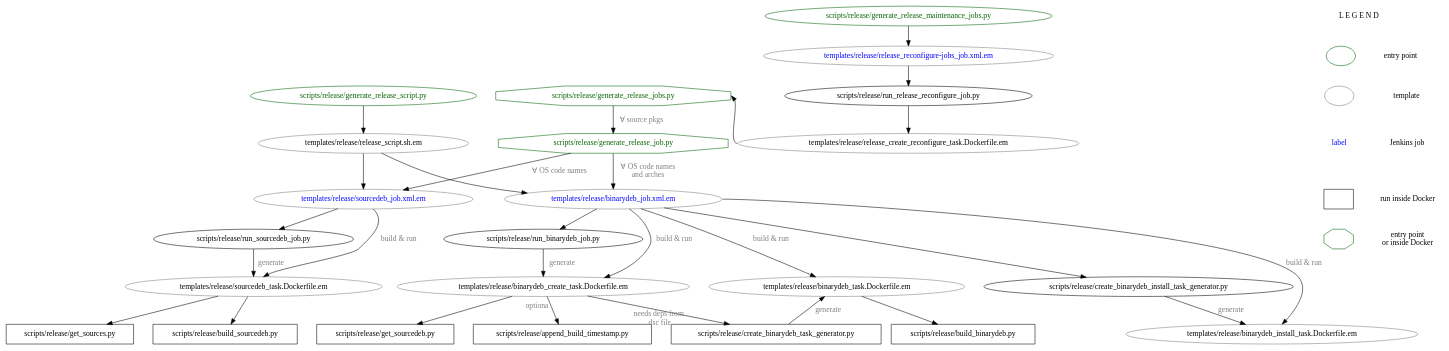
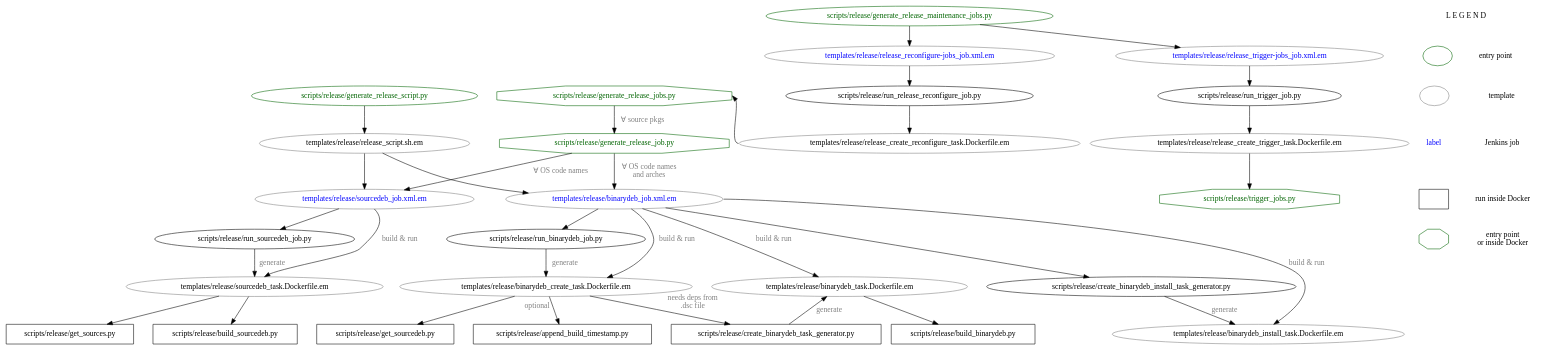
The diagram in doc/release_call_graph.dot (ros-infrastructure/ros_buildfarm), drawn with Graphviz before and after one commit. The commit also changed 14 other files, not shown here.

Commit message:
add trigger jobs for release jobs

```diff
--- a/doc/release_call_graph.dot
+++ b/doc/release_call_graph.dot
@@ -1,168 +1,182 @@
 digraph {
 	# release scripts
 	scripts__release__append_build_timestamp [label="scripts/release/append_build_timestamp.py"]
 	scripts__release__build_binarydeb [label="scripts/release/build_binarydeb.py"]
 	scripts__release__build_sourcedeb [label="scripts/release/build_sourcedeb.py"]
 	scripts__release__create_binarydeb_install_task_generator [label="scripts/release/create_binarydeb_install_task_generator.py"]
 	scripts__release__create_binarydeb_task_generator [label="scripts/release/create_binarydeb_task_generator.py"]
 	scripts__release__generate_release_job [label="scripts/release/generate_release_job.py"]
 	scripts__release__generate_release_jobs [label="scripts/release/generate_release_jobs.py"]
 	scripts__release__generate_release_maintenance_jobs [label="scripts/release/generate_release_maintenance_jobs.py"]
 	scripts__release__generate_release_script [label="scripts/release/generate_release_script.py"]
 	scripts__release__get_sourcedeb [label="scripts/release/get_sourcedeb.py"]
 	scripts__release__get_sources [label="scripts/release/get_sources.py"]
 	scripts__release__run_binarydeb_job [label="scripts/release/run_binarydeb_job.py"]
 	scripts__release__run_release_reconfigure_job [label="scripts/release/run_release_reconfigure_job.py"]
 	scripts__release__run_sourcedeb_job [label="scripts/release/run_sourcedeb_job.py"]
+	scripts__release__run_trigger_job [label="scripts/release/run_trigger_job.py"]
+	scripts__release__trigger_jobs [label="scripts/release/trigger_jobs.py"]
 
 	# release templates
 	templates__release__binarydeb_create_task__Dockerfile [label="templates/release/binarydeb_create_task.Dockerfile.em"]
 	templates__release__binarydeb_install_task__Dockerfile [label="templates/release/binarydeb_install_task.Dockerfile.em"]
 	templates__release__binarydeb_job__xml [label="templates/release/binarydeb_job.xml.em"]
 	templates__release__binarydeb_task__Dockerfile [label="templates/release/binarydeb_task.Dockerfile.em"]
 	templates__release__release_create_reconfigure_task__Dockerfile [label="templates/release/release_create_reconfigure_task.Dockerfile.em"]
+	templates__release__release_create_trigger_task__Dockerfile [label="templates/release/release_create_trigger_task.Dockerfile.em"]
 	templates__release__release_reconfigure_jobs_job__xml [label="templates/release/release_reconfigure-jobs_job.xml.em"]
 	templates__release__release_script__sh [label="templates/release/release_script.sh.em"]
+	templates__release__release_trigger_jobs_job__xml [label="templates/release/release_trigger-jobs_job.xml.em"]
 	templates__release__sourcedeb_job__xml [label="templates/release/sourcedeb_job.xml.em"]
 	templates__release__sourcedeb_task__Dockerfile [label="templates/release/sourcedeb_task.Dockerfile.em"]
 
 	# templates
 	templates__release__binarydeb_create_task__Dockerfile,
 	templates__release__binarydeb_install_task__Dockerfile,
 	templates__release__binarydeb_job__xml,
 	templates__release__binarydeb_task__Dockerfile,
 	templates__release__release_create_reconfigure_task__Dockerfile,
+	templates__release__release_create_trigger_task__Dockerfile,
 	templates__release__release_reconfigure_jobs_job__xml,
 	templates__release__release_script__sh,
+	templates__release__release_trigger_jobs_job__xml,
 	templates__release__sourcedeb_job__xml,
 	templates__release__sourcedeb_task__Dockerfile
 		[color="gray"]
 
 	# run in Docker container
 	scripts__release__append_build_timestamp,
 	scripts__release__build_binarydeb,
 	scripts__release__build_sourcedeb,
 	scripts__release__create_binarydeb_task_generator,
 	scripts__release__get_sourcedeb,
 	scripts__release__get_sources
 		[shape="box"]
 	scripts__release__generate_release_job,
-	scripts__release__generate_release_jobs
+	scripts__release__generate_release_jobs,
+	scripts__release__trigger_jobs
 		[shape="octagon"]
 
 	# Jenkins job templates
 	templates__release__binarydeb_job__xml,
 	templates__release__release_reconfigure_jobs_job__xml,
+	templates__release__release_trigger_jobs_job__xml,
 	templates__release__sourcedeb_job__xml
 		[fontcolor="blue"]
 
 	# entry points
 	scripts__release__generate_release_job,
 	scripts__release__generate_release_jobs,
 	scripts__release__generate_release_maintenance_jobs,
-	scripts__release__generate_release_script
+	scripts__release__generate_release_script,
+	scripts__release__trigger_jobs
 		[color="darkgreen", fontcolor="darkgreen"]
 
 	# call graph
 	scripts__release__generate_release_maintenance_jobs -> templates__release__release_reconfigure_jobs_job__xml [weight="2"]
 	templates__release__release_reconfigure_jobs_job__xml -> scripts__release__run_release_reconfigure_job [weight="2"]
 	scripts__release__run_release_reconfigure_job -> templates__release__release_create_reconfigure_task__Dockerfile [weight="2"]
 	templates__release__release_create_reconfigure_task__Dockerfile:w -> scripts__release__generate_release_jobs:e [constraint=false]
 	{
 		rank=same
 		scripts__release__generate_release_jobs -> scripts__release__run_release_reconfigure_job [style=invis]
 	}
+
+	scripts__release__generate_release_maintenance_jobs -> templates__release__release_trigger_jobs_job__xml
+	templates__release__release_trigger_jobs_job__xml -> scripts__release__run_trigger_job [weight="2"]
+	scripts__release__run_trigger_job -> templates__release__release_create_trigger_task__Dockerfile [weight="2"]
+	templates__release__release_create_trigger_task__Dockerfile -> scripts__release__trigger_jobs [weight="2"]
 
 	scripts__release__generate_release_jobs -> scripts__release__generate_release_job [fontcolor="gray", label=" &forall; source pkgs", weight="2"]
 	scripts__release__generate_release_job -> templates__release__sourcedeb_job__xml [fontcolor="gray", label="&forall; OS code names"]
 	scripts__release__generate_release_job -> templates__release__binarydeb_job__xml [fontcolor="gray", label=" &forall; OS code names\nand arches", weight="2"]
 	{
 		rank=same
 		templates__release__sourcedeb_job__xml -> templates__release__binarydeb_job__xml [style=invis]
 	}
 
 	# sourcedeb branch
 	templates__release__sourcedeb_job__xml -> scripts__release__run_sourcedeb_job
 	scripts__release__run_sourcedeb_job -> templates__release__sourcedeb_task__Dockerfile [fontcolor="gray", label="generate"]
 	templates__release__sourcedeb_job__xml:se -> templates__release__sourcedeb_task__Dockerfile:ne [fontcolor="gray", label="build &amp; run", weight="2"]
 	templates__release__sourcedeb_task__Dockerfile -> scripts__release__get_sources
 	templates__release__sourcedeb_task__Dockerfile -> scripts__release__build_sourcedeb
 	{
 		rank=same
 		scripts__release__get_sources -> scripts__release__build_sourcedeb [style=invis]
 	}
 
 	# binarydeb branch
 	templates__release__binarydeb_job__xml -> scripts__release__run_binarydeb_job [weight="2"]
 	scripts__release__run_binarydeb_job -> templates__release__binarydeb_create_task__Dockerfile [fontcolor="gray", label=" generate", weight="2"]
 
 	templates__release__binarydeb_job__xml -> templates__release__binarydeb_create_task__Dockerfile [fontcolor="gray", label="build &amp; run"]
 	templates__release__binarydeb_create_task__Dockerfile -> scripts__release__get_sourcedeb
-	templates__release__binarydeb_create_task__Dockerfile -> scripts__release__append_build_timestamp [fontcolor="gray", xlabel="optiona "]
+	templates__release__binarydeb_create_task__Dockerfile -> scripts__release__append_build_timestamp [fontcolor="gray", xlabel="optional "]
 	templates__release__binarydeb_create_task__Dockerfile -> scripts__release__create_binarydeb_task_generator [fontcolor="gray", xlabel="needs deps from\n.dsc file"]
 	{
 		rank=same
 		scripts__release__build_sourcedeb -> scripts__release__get_sourcedeb [style=invis]
 		scripts__release__get_sourcedeb -> scripts__release__append_build_timestamp -> scripts__release__create_binarydeb_task_generator [style=invis]
 	}
 	scripts__release__create_binarydeb_task_generator -> templates__release__binarydeb_task__Dockerfile [constraint=false, fontcolor="gray", label="generate"]
 	templates__release__binarydeb_job__xml -> templates__release__binarydeb_task__Dockerfile [fontcolor="gray", label="build &amp; run"]
 	templates__release__binarydeb_task__Dockerfile -> scripts__release__build_binarydeb
 
 	# install task
 	templates__release__binarydeb_job__xml -> scripts__release__create_binarydeb_install_task_generator
 	{
 		rank=same
 		templates__release__binarydeb_create_task__Dockerfile -> templates__release__binarydeb_task__Dockerfile -> scripts__release__create_binarydeb_install_task_generator [style=invis]
 	}
 	scripts__release__create_binarydeb_install_task_generator -> templates__release__binarydeb_install_task__Dockerfile [fontcolor="gray", label="generate"]
 	templates__release__binarydeb_job__xml:e -> templates__release__binarydeb_install_task__Dockerfile [fontcolor="gray", label="build &amp; run"]
 
 	# release script
 	scripts__release__generate_release_script -> templates__release__release_script__sh [weight="2"]
 	templates__release__release_script__sh -> templates__release__sourcedeb_job__xml [weight="2"]
 	templates__release__release_script__sh -> templates__release__binarydeb_job__xml [weight="0"]
 	{
 		rank=same
 		scripts__release__generate_release_script -> scripts__release__generate_release_jobs [style=invis]
 	}
 
 	subgraph legend_subgraph {
 		label="Legend"
 		node [margin="0", shape="none"]
 		legend_anchor [height="0", label="L E G E N D"]
 
 		edge [style="invis"]
 
 		k1 [color="darkgreen", label="", shape="ellipse"]
 		v1 [label="entry point"]
 		legend_anchor -> k1
 		legend_anchor -> v1
 
 		k2 [color="gray", label="", shape="ellipse"]
 		v2 [label="template"]
 		k1 -> k2
 		v1 -> v2
 
 		k3 [fontcolor="blue", label="label", shape=none]
 		v3 [label="Jenkins job"]
 		k2 -> k3
 		v2 -> v3
 
 		k4 [label="", shape="box"]
 		v4 [label="run inside Docker"]
 		k3 -> k4
 		v3 -> v4
 
 		k5 [color="darkgreen", label="", shape="octagon"]
 		v5 [label="entry point\nor inside Docker"]
 		k4 -> k5
 		v4 -> v5
 
 		edge [constraint=false]
 		k1 -> v1
 		k2 -> v2
 		k3 -> v3
 		k4 -> v4
 	}
 }
```
